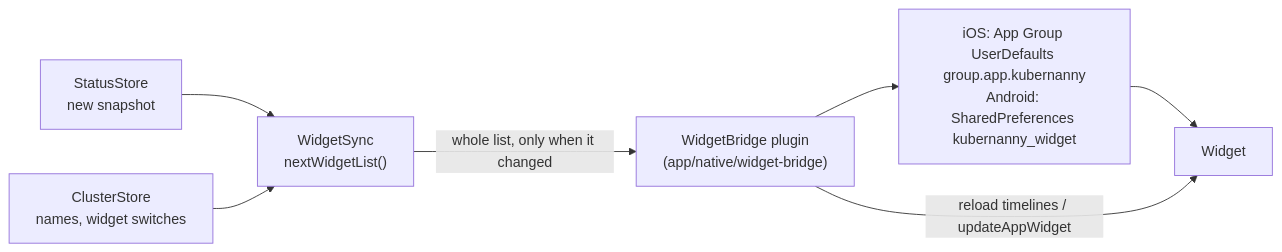
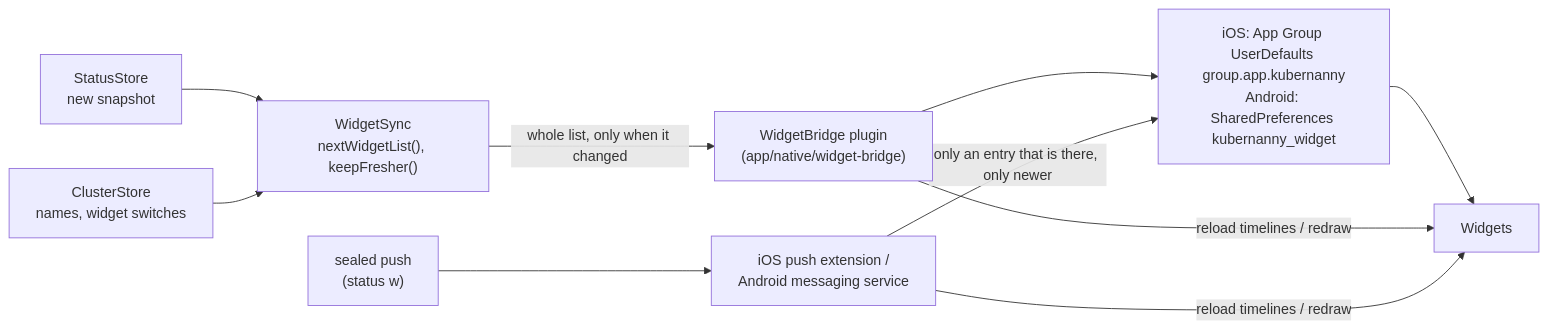
Before and after one commit to kubernanny/kubernanny: the ninth of 11 diagrams in docs/ARCHITECTURE.md, drawn with Mermaid. The commit also changed other lines of this file and 3 other files, not shown here.

Commit message:
docs: widgets refreshed by pushes, what refreshes when, the new widget kinds

````diff
--- a/docs/ARCHITECTURE.md
+++ b/docs/ARCHITECTURE.md
@@ -343,9 +351,12 @@
 ```mermaid
 flowchart LR
-  SS["StatusStore<br/>new snapshot"] --> WS["WidgetSync<br/>nextWidgetList()"]
+  SS["StatusStore<br/>new snapshot"] --> WS["WidgetSync<br/>nextWidgetList(), keepFresher()"]
   CS["ClusterStore<br/>names, widget switches"] --> WS
   WS -- "whole list, only when it changed" --> WB["WidgetBridge plugin<br/>(app/native/widget-bridge)"]
+  P["sealed push<br/>(status w)"] --> PX["iOS push extension /<br/>Android messaging service"]
   WB --> ST["iOS: App Group UserDefaults group.app.kubernanny<br/>Android: SharedPreferences kubernanny_widget"]
-  ST --> W["Widget"]
-  WB -- "reload timelines / updateAppWidget" --> W
+  PX -- "only an entry that is there, only newer" --> ST
+  ST --> W["Widgets"]
+  WB -- "reload timelines / redraw" --> W
+  PX -- "reload timelines / redraw" --> W
 ```
````
